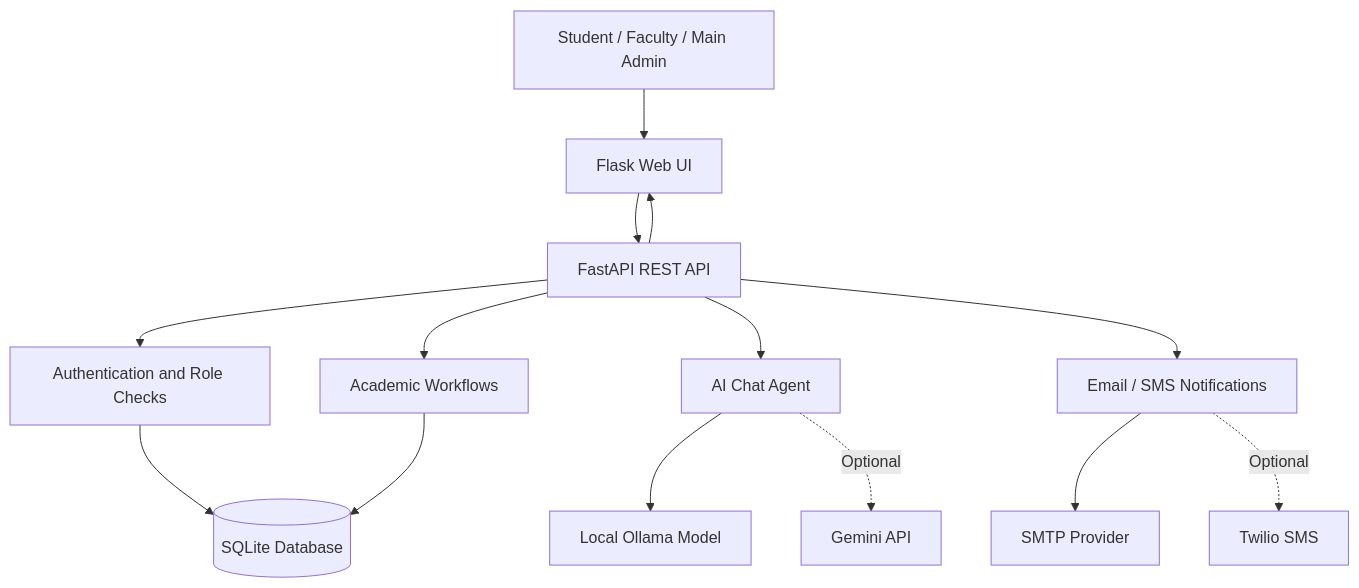
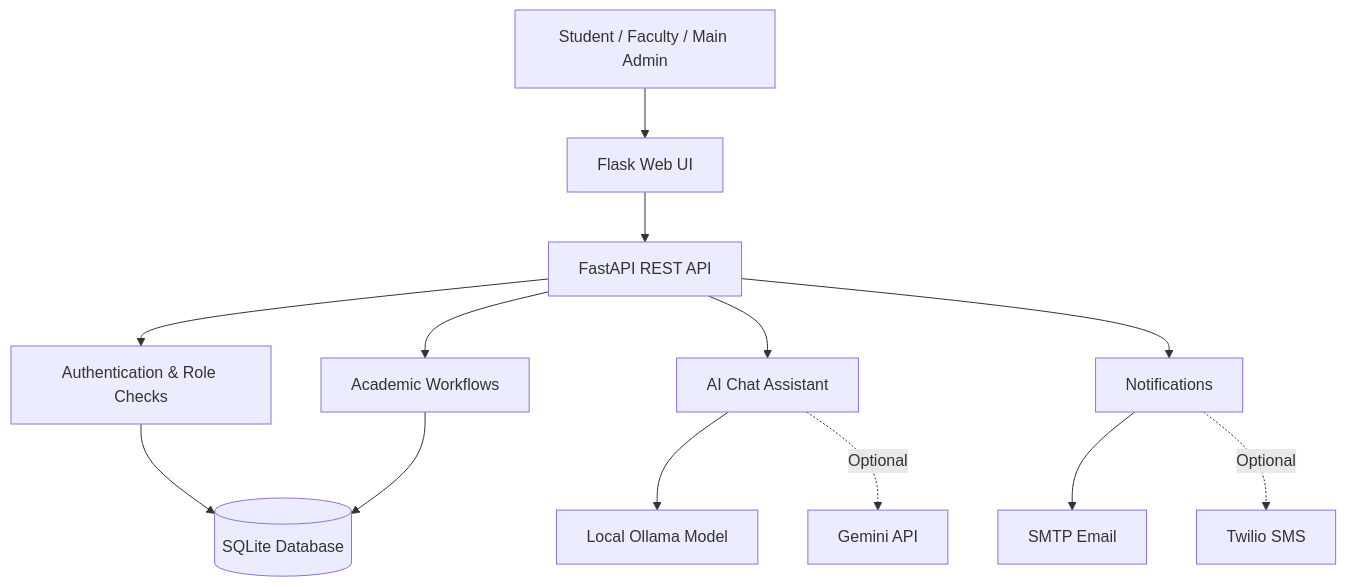
Before and after one commit to adityaraj150107-star/SCMS-AI: the diagram in README.md, drawn with Mermaid. The commit also changed other lines of this file, not shown here.

````diff
--- a/README.md
+++ b/README.md
@@ -69,16 +127,15 @@
 ```mermaid
 flowchart TD
-    U[Student / Faculty / Main Admin] --> UI[Flask Web UI]
-    UI --> API[FastAPI REST API]
-    API --> AUTH[Authentication and Role Checks]
-    AUTH --> DB[(SQLite Database)]
-    API --> AICHAT[AI Chat Agent]
-    AICHAT --> LOCAL[Local Ollama Model]
-    AICHAT -. Optional .-> GEMINI[Gemini API]
-    API --> MOD[Academic Workflows]
-    MOD --> DB
-    API --> NOTIFY[Email / SMS Notifications]
-    NOTIFY --> SMTP[SMTP Provider]
-    NOTIFY -. Optional .-> TWILIO[Twilio SMS]
-    API --> UI
+    U["Student / Faculty / Main Admin"] --> UI["Flask Web UI"]
+    UI --> API["FastAPI REST API"]
+    API --> AUTH["Authentication & Role Checks"]
+    AUTH --> DB[("SQLite Database")]
+    API --> AC["Academic Workflows"]
+    AC --> DB
+    API --> AI["AI Chat Assistant"]
+    AI --> OL["Local Ollama Model"]
+    AI -. "Optional" .-> GM["Gemini API"]
+    API --> N["Notifications"]
+    N --> SMTP["SMTP Email"]
+    N -. "Optional" .-> TW["Twilio SMS"]
 ```
````
